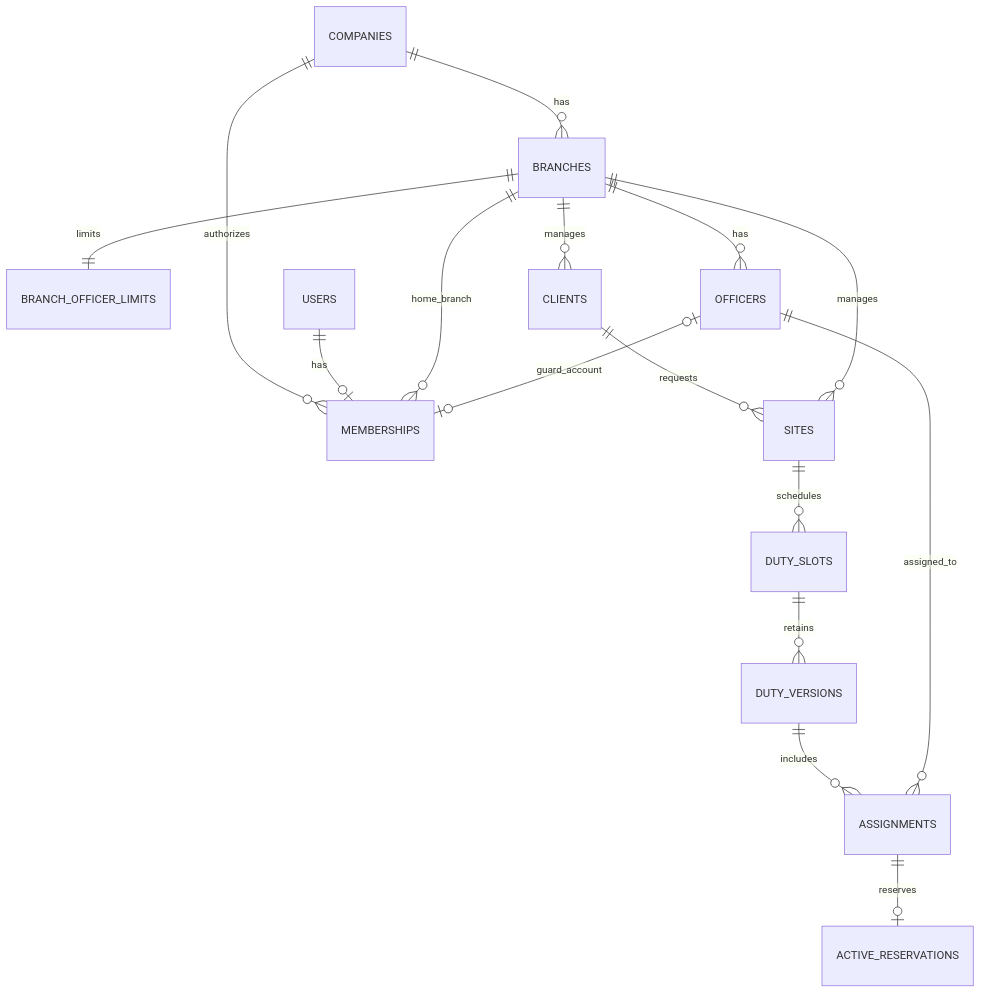
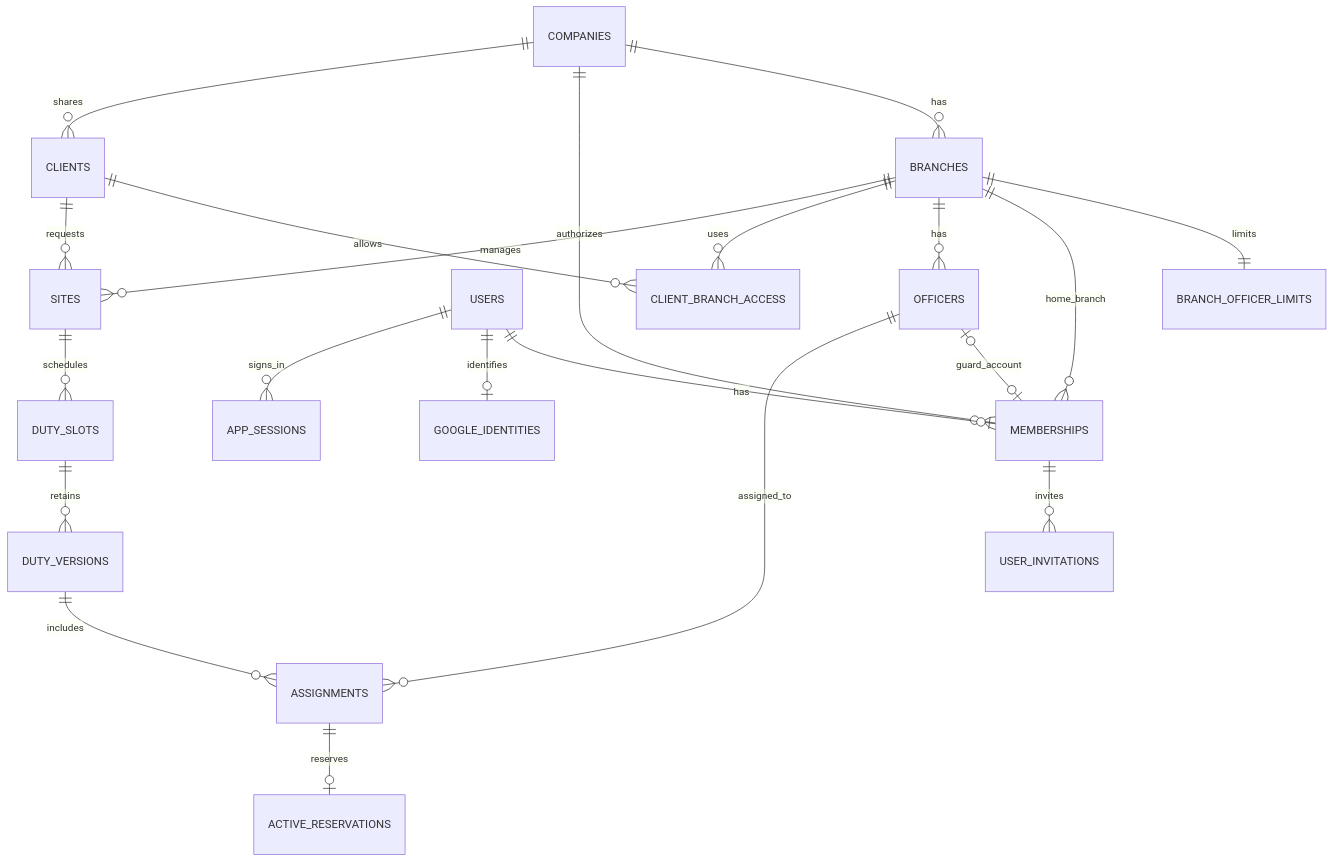
The diagram in docs/requirements/MVP_DATA_DESIGN.md (TYoichiro/keibi-system), drawn with Mermaid before and after one commit. The commit also changed other lines of this file and 63 other files, not shown here.

````diff
--- a/docs/requirements/MVP_DATA_DESIGN.md
+++ b/docs/requirements/MVP_DATA_DESIGN.md
@@ -34,18 +44,23 @@
 ```mermaid
 erDiagram
     COMPANIES ||--o{ BRANCHES : has
     BRANCHES ||--|| BRANCH_OFFICER_LIMITS : limits
     COMPANIES ||--o{ MEMBERSHIPS : authorizes
     USERS ||--o| MEMBERSHIPS : has
+    USERS ||--o| GOOGLE_IDENTITIES : identifies
+    USERS ||--o{ APP_SESSIONS : signs_in
+    MEMBERSHIPS ||--o{ USER_INVITATIONS : invites
     BRANCHES ||--o{ MEMBERSHIPS : home_branch
     BRANCHES ||--o{ OFFICERS : has
     OFFICERS o|--o| MEMBERSHIPS : guard_account
-    BRANCHES ||--o{ CLIENTS : manages
+    COMPANIES ||--o{ CLIENTS : shares
+    CLIENTS ||--o{ CLIENT_BRANCH_ACCESS : allows
+    BRANCHES ||--o{ CLIENT_BRANCH_ACCESS : uses
     CLIENTS ||--o{ SITES : requests
     BRANCHES ||--o{ SITES : manages
     SITES ||--o{ DUTY_SLOTS : schedules
     DUTY_SLOTS ||--o{ DUTY_VERSIONS : retains
     DUTY_VERSIONS ||--o{ ASSIGNMENTS : includes
     OFFICERS ||--o{ ASSIGNMENTS : assigned_to
     ASSIGNMENTS ||--o| ACTIVE_RESERVATIONS : reserves
 ```
````
